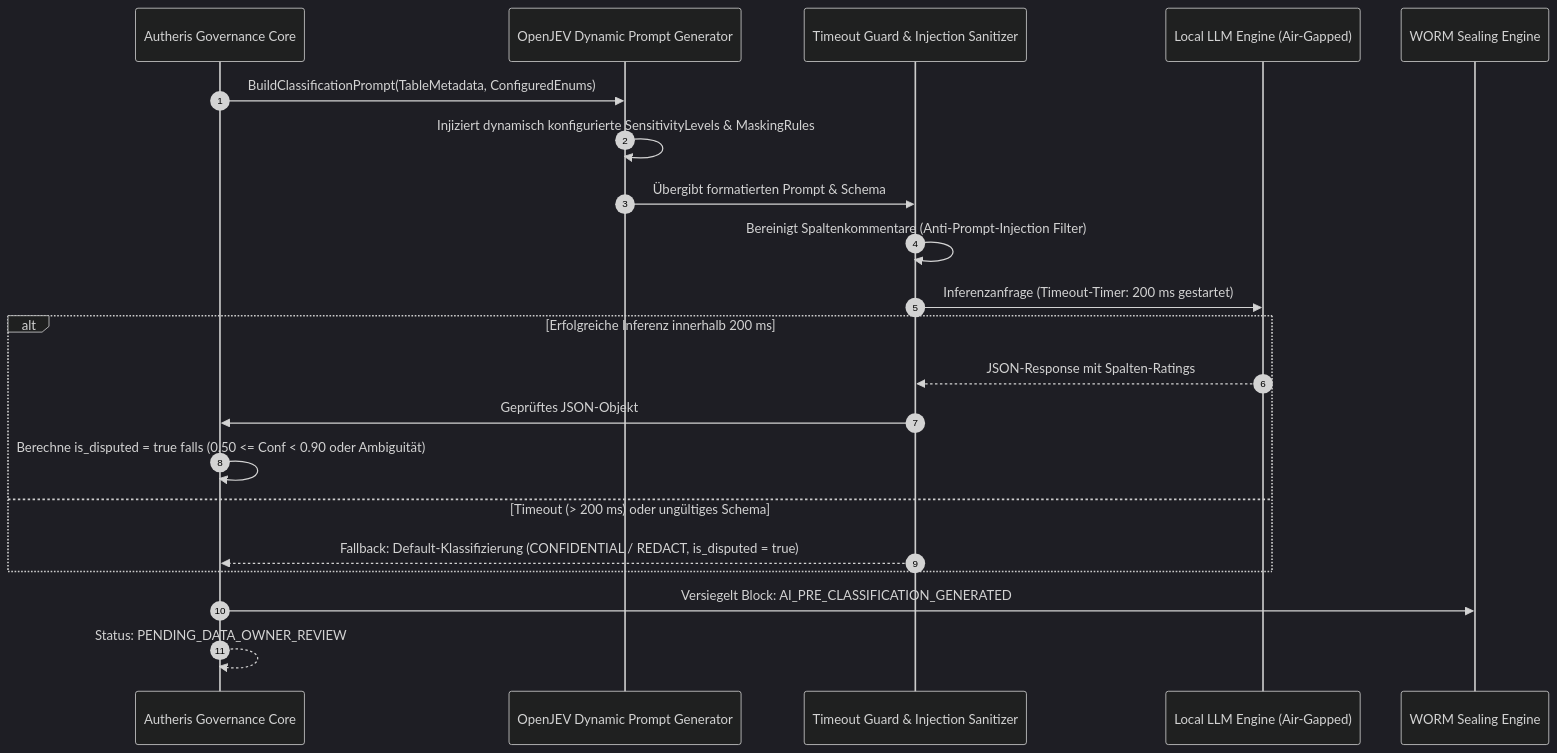
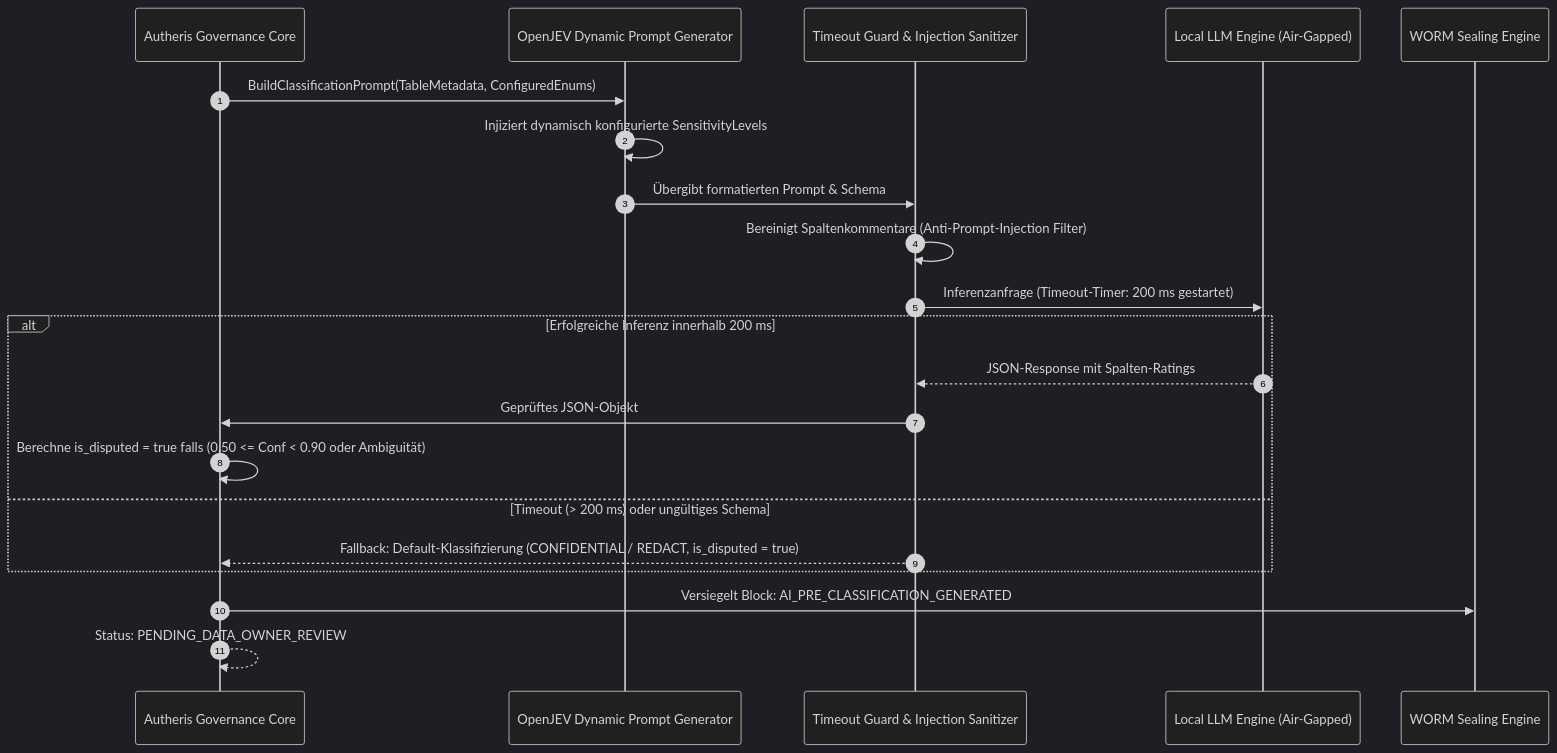
Before and after one commit to themulle/autheris: diagram 11 of 18 in docs/architecture/konzept-data-governance-und-mcp-documentation.md, drawn with Mermaid (dark theme). The commit also changed other lines of this file and 4 other files, not shown here.

````diff
--- a/docs/architecture/konzept-data-governance-und-mcp-documentation.md
+++ b/docs/architecture/konzept-data-governance-und-mcp-documentation.md
@@ -1048,26 +999,26 @@
 ```mermaid
 sequenceDiagram
     autonumber
     participant Core as Autheris Governance Core
     participant PromptGen as OpenJEV Dynamic Prompt Generator
     participant Guard as Timeout Guard & Injection Sanitizer
     participant LLM as Local LLM Engine (Air-Gapped)
     participant WORM as WORM Sealing Engine
 
     Core->>PromptGen: BuildClassificationPrompt(TableMetadata, ConfiguredEnums)
-    PromptGen->>PromptGen: Injiziert dynamisch konfigurierte SensitivityLevels & MaskingRules
+    PromptGen->>PromptGen: Injiziert dynamisch konfigurierte SensitivityLevels
     PromptGen->>Guard: Übergibt formatierten Prompt & Schema
     Guard->>Guard: Bereinigt Spaltenkommentare (Anti-Prompt-Injection Filter)
     Guard->>LLM: Inferenzanfrage (Timeout-Timer: 200 ms gestartet)
 
     alt Erfolgreiche Inferenz innerhalb 200 ms
         LLM-->>Guard: JSON-Response mit Spalten-Ratings
         Guard->>Core: Geprüftes JSON-Objekt
         Core->>Core: Berechne is_disputed = true falls (0.50 <= Conf < 0.90 oder Ambiguität)
     else Timeout (> 200 ms) oder ungültiges Schema
         Guard-->>Core: Fallback: Default-Klassifizierung (CONFIDENTIAL / REDACT, is_disputed = true)
     end
 
     Core->>WORM: Versiegelt Block: AI_PRE_CLASSIFICATION_GENERATED
     Core-->>Core: Status: PENDING_DATA_OWNER_REVIEW
 ```
````
